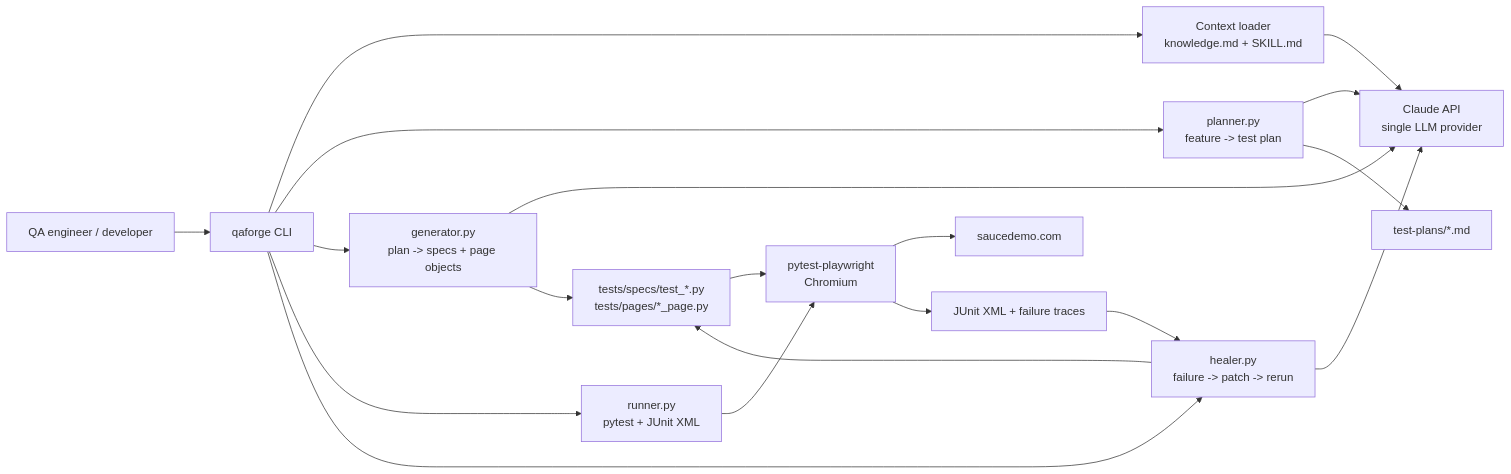
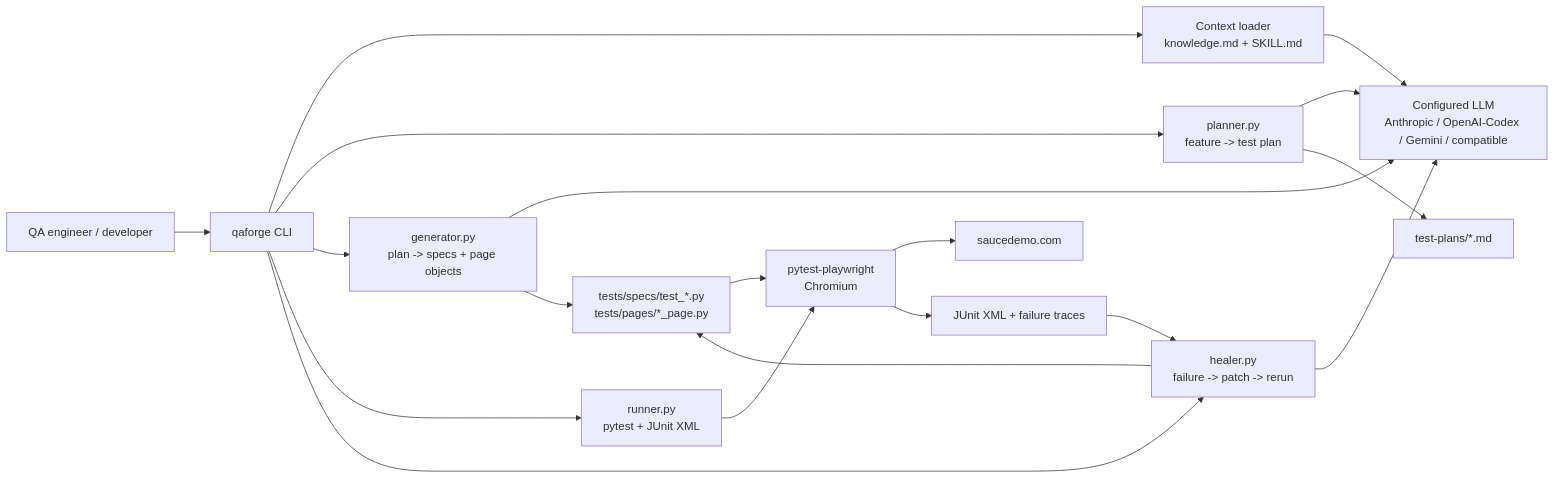
One commit to duyuyenpb/mvp-testing-automation-ai changed the diagram in README.md. Above: the diagram before and after it, drawn with Mermaid. The commit also changed other lines of this file and 15 other files, not shown here.

````diff
--- a/README.md
+++ b/README.md
@@ -26,23 +26,23 @@
 ```mermaid
 flowchart LR
     User["QA engineer / developer"] --> CLI["qaforge CLI"]
     CLI --> Context["Context loader<br/>knowledge.md + SKILL.md"]
     CLI --> Planner["planner.py<br/>feature -> test plan"]
     CLI --> Generator["generator.py<br/>plan -> specs + page objects"]
     CLI --> Runner["runner.py<br/>pytest + JUnit XML"]
     CLI --> Healer["healer.py<br/>failure -> patch -> rerun"]
 
-    Context --> Claude["Claude API<br/>single LLM provider"]
-    Planner --> Claude
-    Generator --> Claude
-    Healer --> Claude
+    Context --> LLM["Configured LLM<br/>Anthropic / OpenAI-Codex / Gemini / compatible"]
+    Planner --> LLM
+    Generator --> LLM
+    Healer --> LLM
 
     Planner --> Plans["test-plans/*.md"]
     Generator --> Tests["tests/specs/test_*.py<br/>tests/pages/*_page.py"]
     Runner --> Pytest["pytest-playwright<br/>Chromium"]
     Tests --> Pytest
     Pytest --> Target["saucedemo.com"]
     Pytest --> Results["JUnit XML + failure traces"]
     Results --> Healer
     Healer --> Tests
 ```
````
